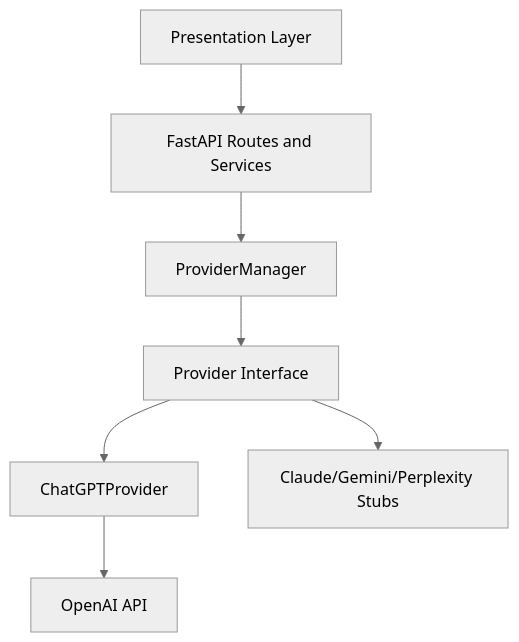
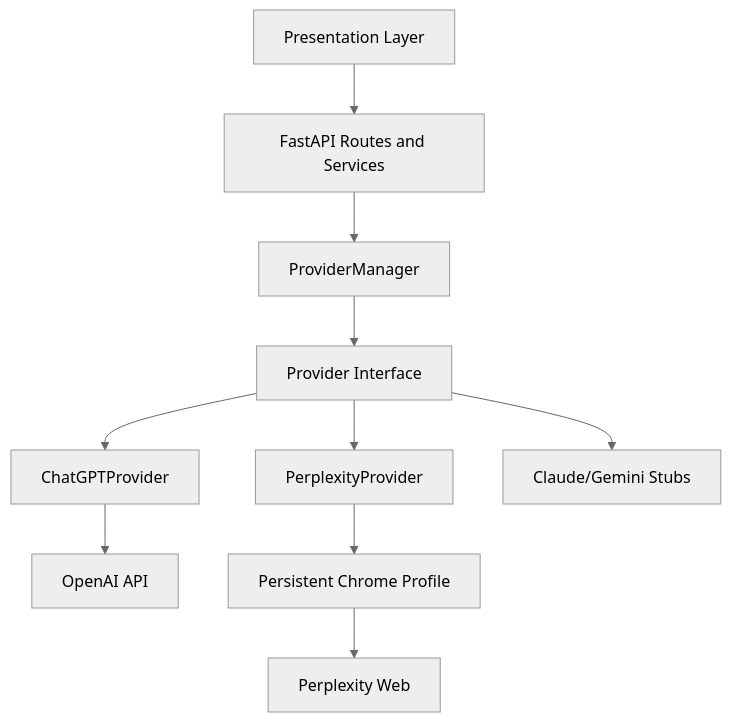
One commit to MelanthaChen/geo-engine changed the second of 5 diagrams in docs/Architecture.md. Above: the diagram before and after it, drawn with Mermaid (neutral theme). The commit also changed other lines of this file and 22 other files, not shown here.

````diff
--- a/docs/Architecture.md
+++ b/docs/Architecture.md
@@ -119,17 +120,23 @@
 ```mermaid
 flowchart TD
     UI["Presentation Layer"]
     API["FastAPI Routes and Services"]
     PM["ProviderManager"]
     PI["Provider Interface"]
     GPT["ChatGPTProvider"]
-    FUT["Claude/Gemini/Perplexity Stubs"]
+    PPLX["PerplexityProvider"]
+    FUT["Claude/Gemini Stubs"]
     OAI["OpenAI API"]
+    CHROME["Persistent Chrome Profile"]
+    WEB["Perplexity Web"]
 
     UI --> API
     API --> PM
     PM --> PI
     PI --> GPT
+    PI --> PPLX
     PI --> FUT
     GPT --> OAI
+    PPLX --> CHROME
+    CHROME --> WEB
 ```
````
